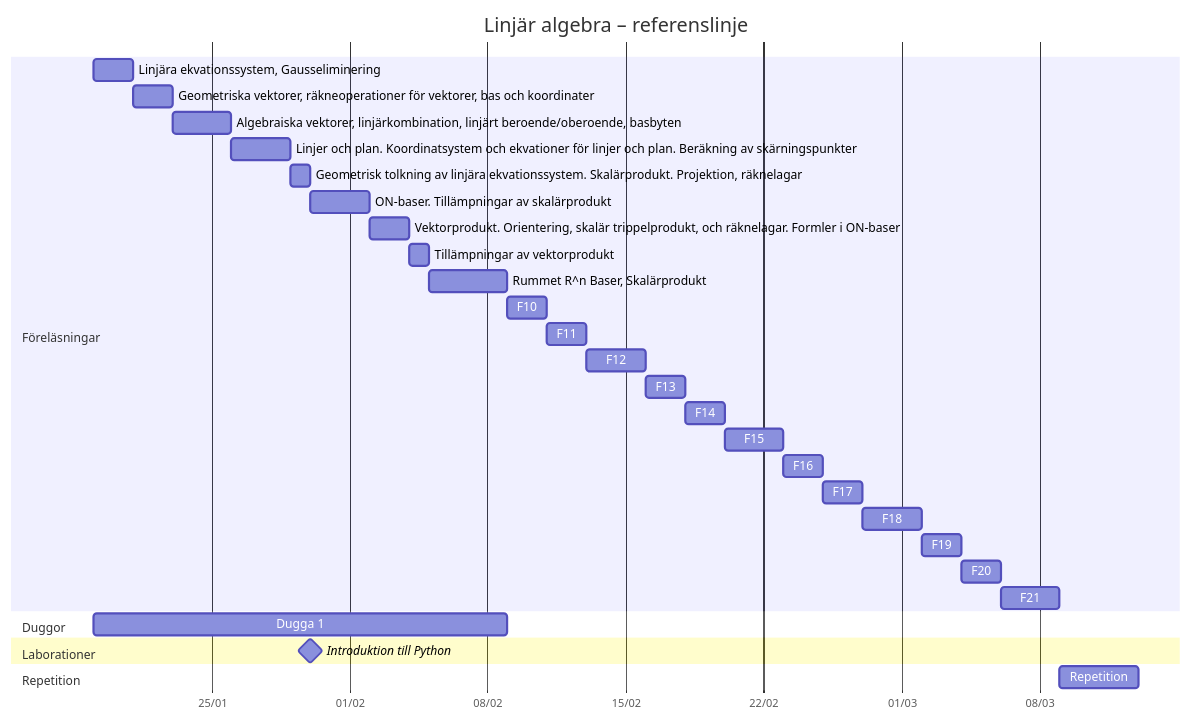
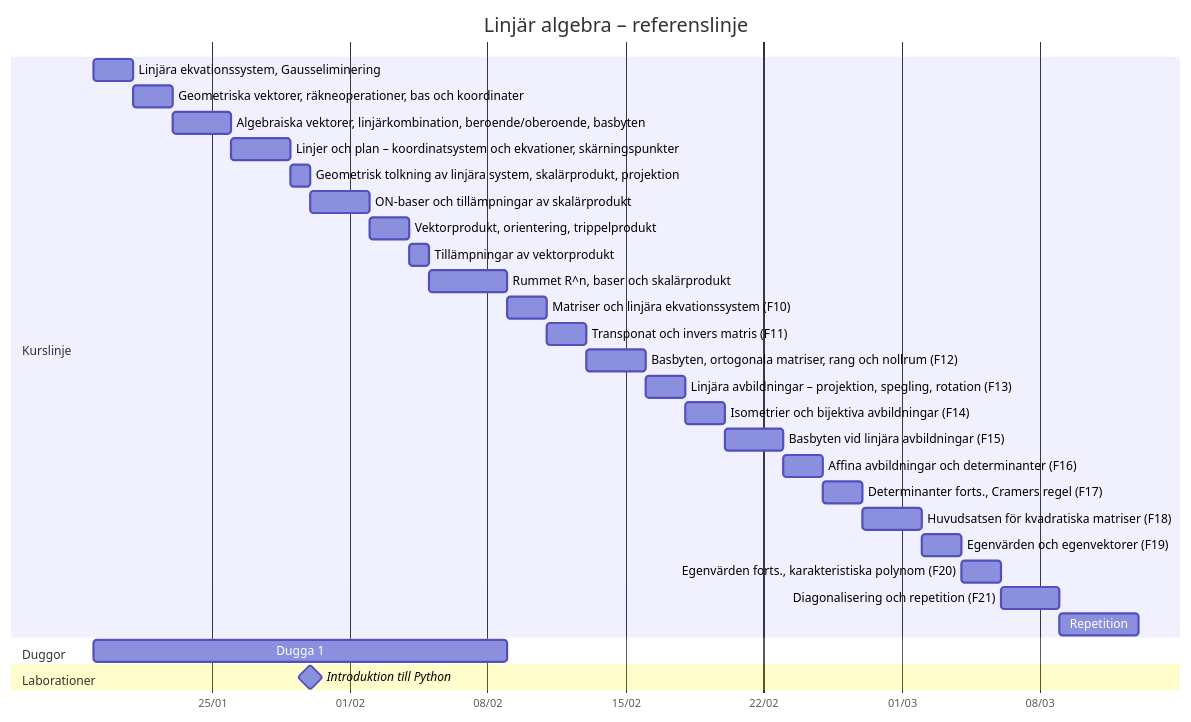
The diagram in Skola/Linjär Algebra/Kursöversikt.md (Scoutboy06/obsidian-vaults), drawn with Mermaid before and after one commit.

Commit message:
vault backup: 2026-01-21 20:33:45

````diff
--- a/Skola/Linjär Algebra/Kursöversikt.md
+++ b/Skola/Linjär Algebra/Kursöversikt.md
@@ -2,38 +2,37 @@
 ```mermaid
 gantt
     dateFormat  YYYY-MM-DD
     title Linjär algebra – referenslinje
     axisFormat  %d/%m
 
-    section Föreläsningar
+    section Kurslinje
     Linjära ekvationssystem, Gausseliminering: f1, 2026-01-19, 2026-01-21
-    Geometriska vektorer, räkneoperationer för vektorer, bas och koordinater: f2, 2026-01-21, 2026-01-23
-    Algebraiska vektorer, linjärkombination, linjärt beroende/oberoende, basbyten: f3, 2026-01-23, 2026-01-26
-    Linjer och plan. Koordinatsystem och ekvationer för linjer och plan. Beräkning av skärningspunkter: f4, 2026-01-26, 2026-01-29
-    Geometrisk tolkning av linjära ekvationssystem. Skalärprodukt. Projektion, räknelagar: f5, 2026-01-29, 2026-01-30
-    ON-baser. Tillämpningar av skalärprodukt: f6, 2026-01-30, 2026-02-02
-    Vektorprodukt. Orientering, skalär trippelprodukt, och räknelagar. Formler i ON-baser: f7, 2026-02-02, 2026-02-04
+    Geometriska vektorer, räkneoperationer, bas och koordinater: f2, 2026-01-21, 2026-01-23
+    Algebraiska vektorer, linjärkombination, beroende/oberoende, basbyten: f3, 2026-01-23, 2026-01-26
+    Linjer och plan – koordinatsystem och ekvationer, skärningspunkter: f4, 2026-01-26, 2026-01-29
+    Geometrisk tolkning av linjära system, skalärprodukt, projektion: f5, 2026-01-29, 2026-01-30
+    ON-baser och tillämpningar av skalärprodukt: f6, 2026-01-30, 2026-02-02
+    Vektorprodukt, orientering, trippelprodukt: f7, 2026-02-02, 2026-02-04
     Tillämpningar av vektorprodukt: f8, 2026-02-04, 2026-02-05
-    Rummet R^n Baser, Skalärprodukt: f9, 2026-02-05, 2026-02-09
-    F10: f10, 2026-02-09, 2026-02-11
-    F11: f11, 2026-02-11, 2026-02-13
-    F12: f12, 2026-02-13, 2026-02-16
-    F13: f13, 2026-02-16, 2026-02-18
-    F14: f14, 2026-02-18, 2026-02-20
-    F15: f15, 2026-02-20, 2026-02-23
-    F16: f16, 2026-02-23, 2026-02-25
-    F17: f17, 2026-02-25, 2026-02-27
-    F18: f18, 2026-02-27, 2026-03-02
-    F19: f19, 2026-03-02, 2026-03-04
-    F20: f20, 2026-03-04, 2026-03-06
-    F21: f21, 2026-03-06, 2026-03-09
+    Rummet R^n, baser och skalärprodukt: f9, 2026-02-05, 2026-02-09
+    Matriser och linjära ekvationssystem (F10): f10, 2026-02-09, 2026-02-11
+    Transponat och invers matris (F11): f11, 2026-02-11, 2026-02-13
+    Basbyten, ortogonala matriser, rang och nollrum (F12): f12, 2026-02-13, 2026-02-16
+    Linjära avbildningar – projektion, spegling, rotation (F13): f13, 2026-02-16, 2026-02-18
+    Isometrier och bijektiva avbildningar (F14): f14, 2026-02-18, 2026-02-20
+    Basbyten vid linjära avbildningar (F15): f15, 2026-02-20, 2026-02-23
+    Affina avbildningar och determinanter (F16): f16, 2026-02-23, 2026-02-25
+    Determinanter forts., Cramers regel (F17): f17, 2026-02-25, 2026-02-27
+    Huvudsatsen för kvadratiska matriser (F18): f18, 2026-02-27, 2026-03-02
+    Egenvärden och egenvektorer (F19): f19, 2026-03-02, 2026-03-04
+    Egenvärden forts., karakteristiska polynom (F20): f20, 2026-03-04, 2026-03-06
+    Diagonalisering och repetition (F21): f21, 2026-03-06, 2026-03-09
+    Repetition: r1, 2026-03-09, 2026-03-13
 
     section Duggor
     Dugga 1 : d1, 2026-01-19, 2026-02-09
 
     section Laborationer
-    Introduktion till Python :milestone, l1, 2026-01-30, 2026-01-30
+    Introduktion till Python :milestone, l1, 2026-01-30, 0d
 
-    section Repetition
-    Repetition: r1, 2026-03-09, 2026-03-13
 ```
````
